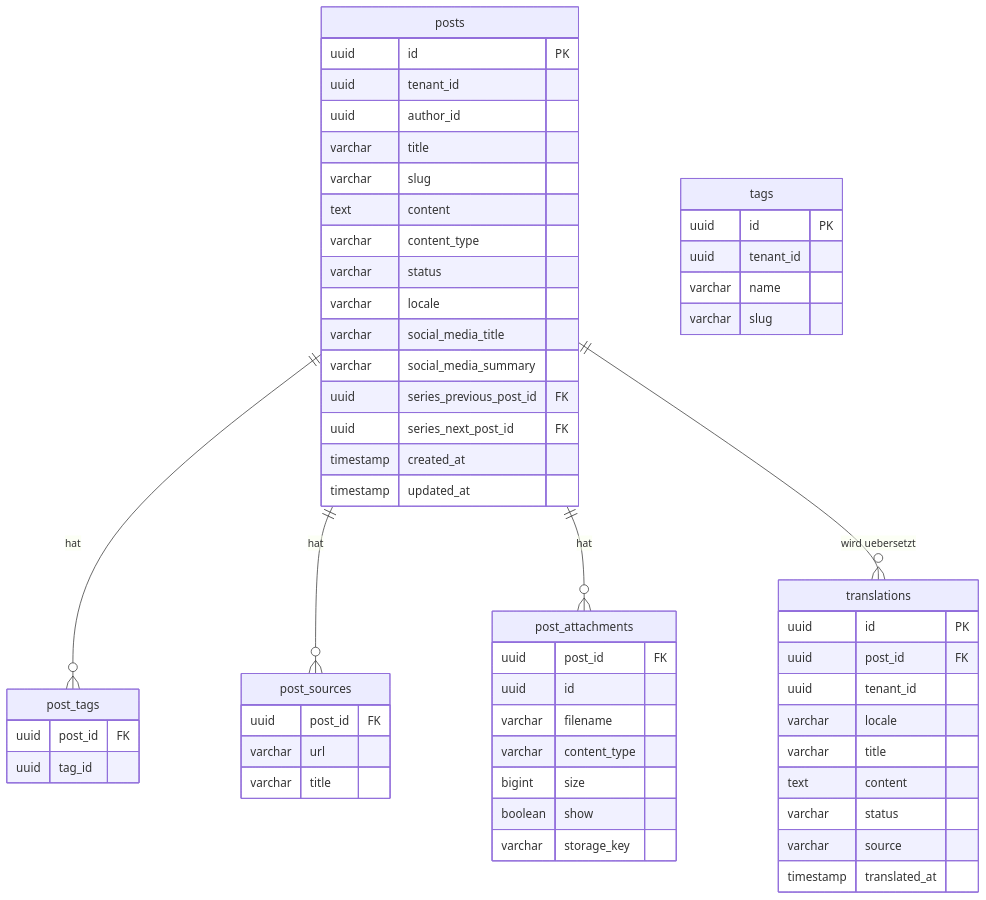
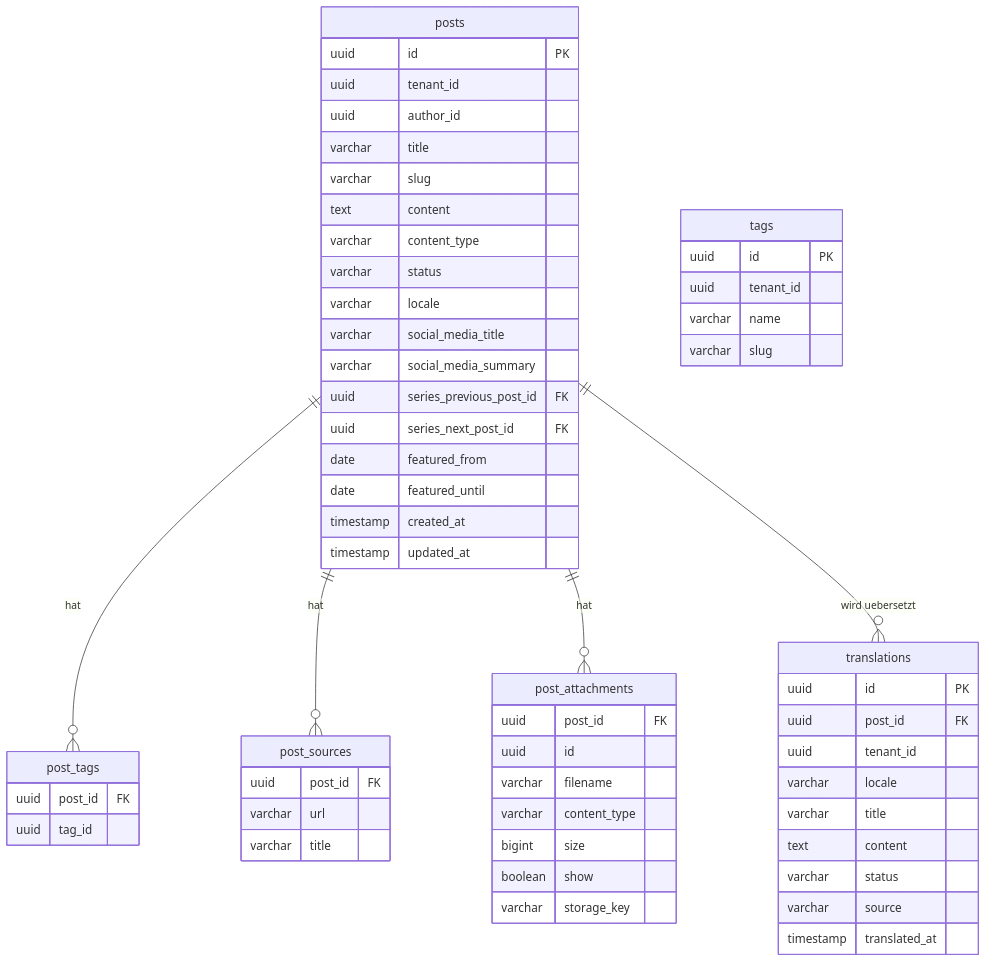
One commit to tomirgang/tomsblog changed the tenth of 13 diagrams in docs/design/modules/ROOT/pages/blog-content/index.adoc. Above: the diagram before and after it, drawn with Mermaid. The commit also changed other lines of this file and 10 other files, not shown here.

```diff
--- a/docs/design/modules/ROOT/pages/blog-content/index.adoc
+++ b/docs/design/modules/ROOT/pages/blog-content/index.adoc
@@ -700,61 +710,63 @@
 [mermaid]
 ----
 erDiagram
     posts {
         uuid id PK
         uuid tenant_id
         uuid author_id
         varchar title
         varchar slug
         text content
         varchar content_type
         varchar status
         varchar locale
         varchar social_media_title
         varchar social_media_summary
         uuid series_previous_post_id FK
         uuid series_next_post_id FK
+        date featured_from
+        date featured_until
         timestamp created_at
         timestamp updated_at
     }
     tags {
         uuid id PK
         uuid tenant_id
         varchar name
         varchar slug
     }
     translations {
         uuid id PK
         uuid post_id FK
         uuid tenant_id
         varchar locale
         varchar title
         text content
         varchar status
         varchar source
         timestamp translated_at
     }
     post_tags {
         uuid post_id FK
         uuid tag_id
     }
     post_sources {
         uuid post_id FK
         varchar url
         varchar title
     }
     post_attachments {
         uuid post_id FK
         uuid id
         varchar filename
         varchar content_type
         bigint size
         boolean show
         varchar storage_key
     }
 
     posts ||--o{ post_tags : "hat"
     posts ||--o{ post_sources : "hat"
     posts ||--o{ post_attachments : "hat"
     posts ||--o{ translations : "wird uebersetzt"
 ----
```
